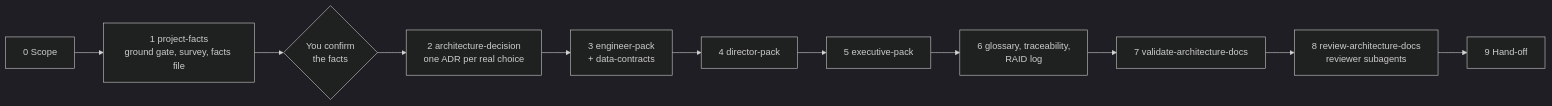
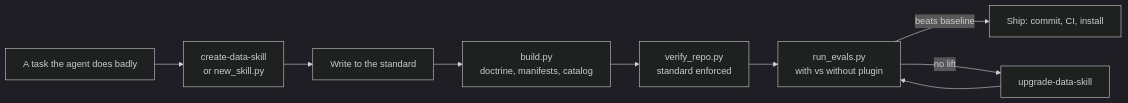
Before and after one commit to Rla102277/data-architecture-docs: the diagram in docs/HOW-IT-WORKS.md, drawn with Mermaid (dark theme). The commit also changed other lines of this file and 319 other files, not shown here.

````diff
--- a/docs/HOW-IT-WORKS.md
+++ b/docs/HOW-IT-WORKS.md
@@ -7,13 +5,11 @@
 ```mermaid
 flowchart LR
-  scope[0 Scope] --> facts[1 project-facts<br>ground gate, survey, facts file]
-  facts --> check{You confirm<br>the facts}
-  check --> adr[2 architecture-decision<br>one ADR per real choice]
-  adr --> eng[3 engineer-pack<br>+ data-contracts]
-  eng --> dir[4 director-pack]
-  dir --> exe[5 executive-pack]
-  exe --> shared[6 glossary, traceability,<br>RAID log]
-  shared --> val[7 validate-architecture-docs]
-  val --> rev[8 review-architecture-docs<br>reviewer subagents]
-  rev --> done[9 Hand-off]
+  need[A task the agent does badly] --> create[create-data-skill<br>or new_skill.py]
+  create --> std[Write to the standard]
+  std --> build[build.py<br>doctrine, manifests, catalog]
+  build --> verify[verify_repo.py<br>standard enforced]
+  verify --> eval[run_evals.py<br>with vs without plugin]
+  eval -->|beats baseline| ship[Ship: commit, CI, install]
+  eval -->|no lift| upgrade[upgrade-data-skill]
+  upgrade --> eval
 ```
````
